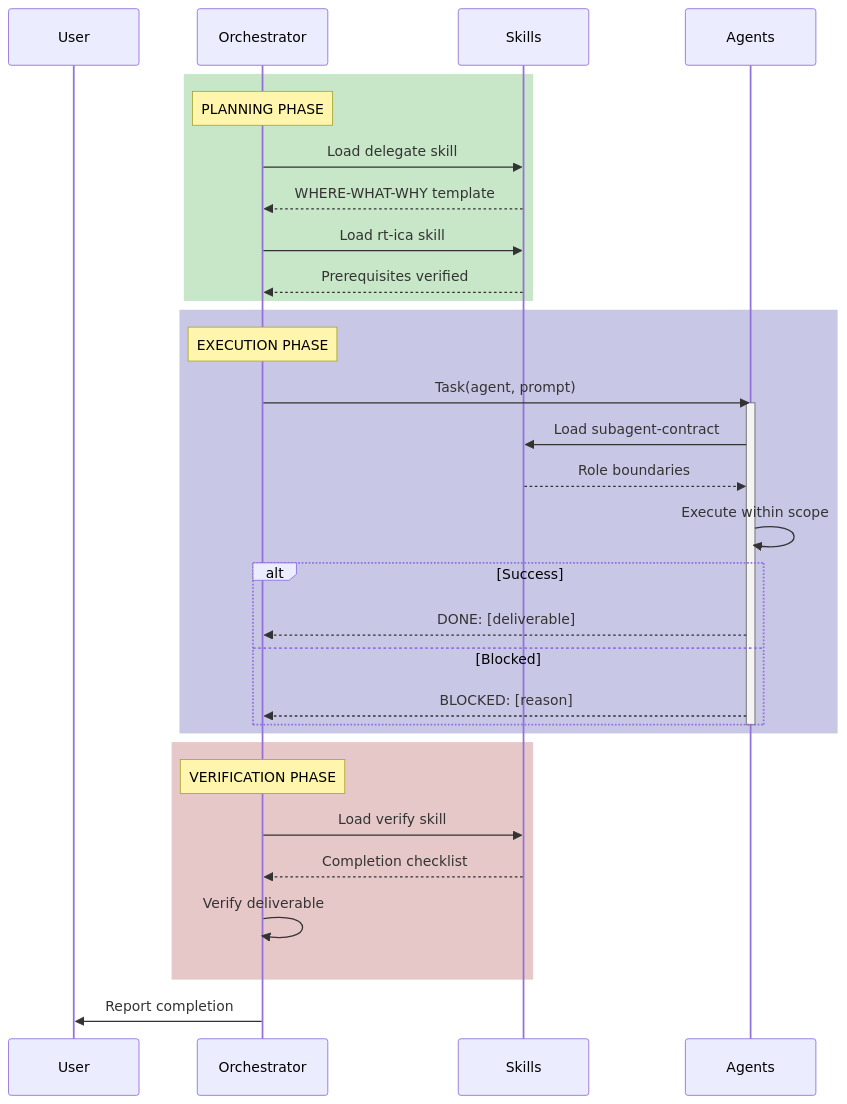
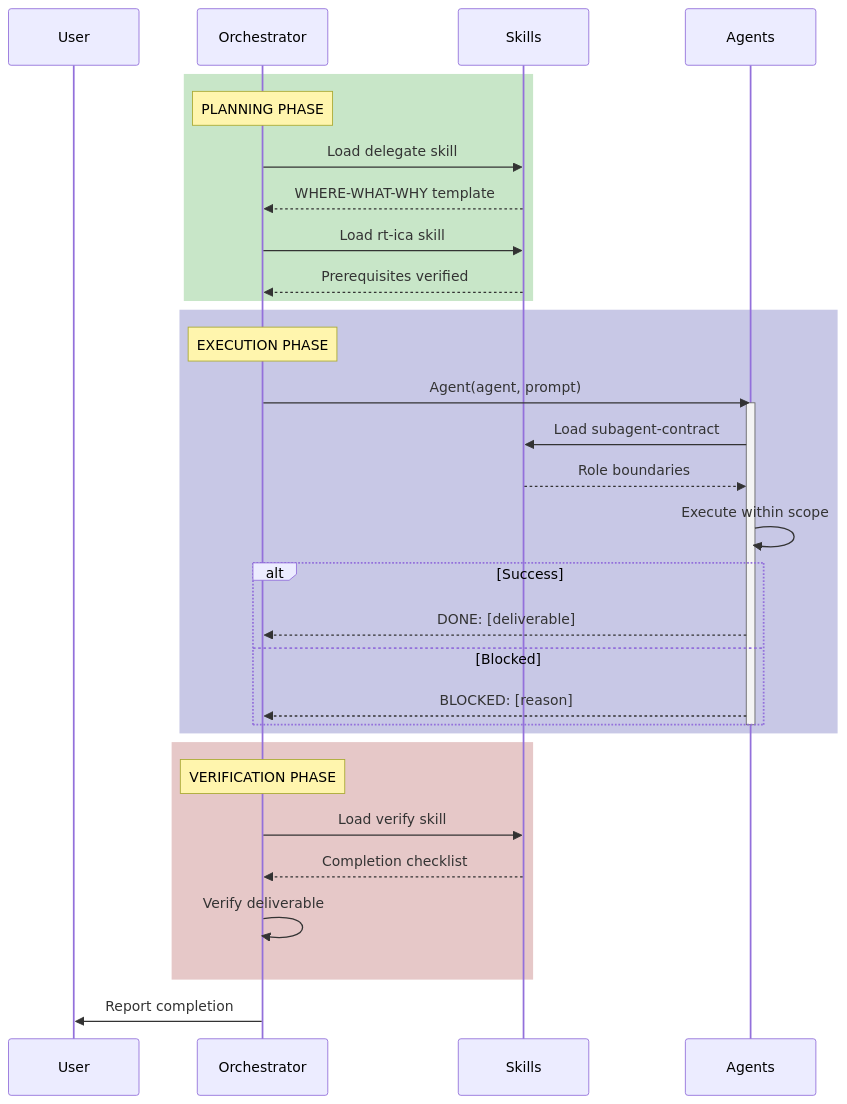
Before and after one commit to chgreer1070/claude_skills: the third of 10 diagrams in .claude/knowledge/workflow-diagrams/multi-agent-orchestration.md, drawn with Mermaid. The commit also changed 48 other files, not shown here.

First line of the commit message:
docs(agent-orchestration): clarify Agent vs Task delegation terminology

````diff
--- a/.claude/knowledge/workflow-diagrams/multi-agent-orchestration.md
+++ b/.claude/knowledge/workflow-diagrams/multi-agent-orchestration.md
@@ -69,39 +69,39 @@
 ```mermaid
 sequenceDiagram
     participant U as User
     participant O as Orchestrator
     participant SK as Skills
     participant AG as Agents
 
     rect rgb(200, 230, 200)
         Note over O: PLANNING PHASE
         O->>SK: Load delegate skill
         SK-->>O: WHERE-WHAT-WHY template
         O->>SK: Load rt-ica skill
         SK-->>O: Prerequisites verified
     end
 
     rect rgb(200, 200, 230)
         Note over O: EXECUTION PHASE
-        O->>AG: Task(agent, prompt)
+        O->>AG: Agent(agent, prompt)
         activate AG
         AG->>SK: Load subagent-contract
         SK-->>AG: Role boundaries
         AG->>AG: Execute within scope
         alt Success
             AG-->>O: DONE: [deliverable]
         else Blocked
             AG-->>O: BLOCKED: [reason]
         end
         deactivate AG
     end
 
     rect rgb(230, 200, 200)
         Note over O: VERIFICATION PHASE
         O->>SK: Load verify skill
         SK-->>O: Completion checklist
         O->>O: Verify deliverable
     end
 
     O->>U: Report completion
 ```
````
